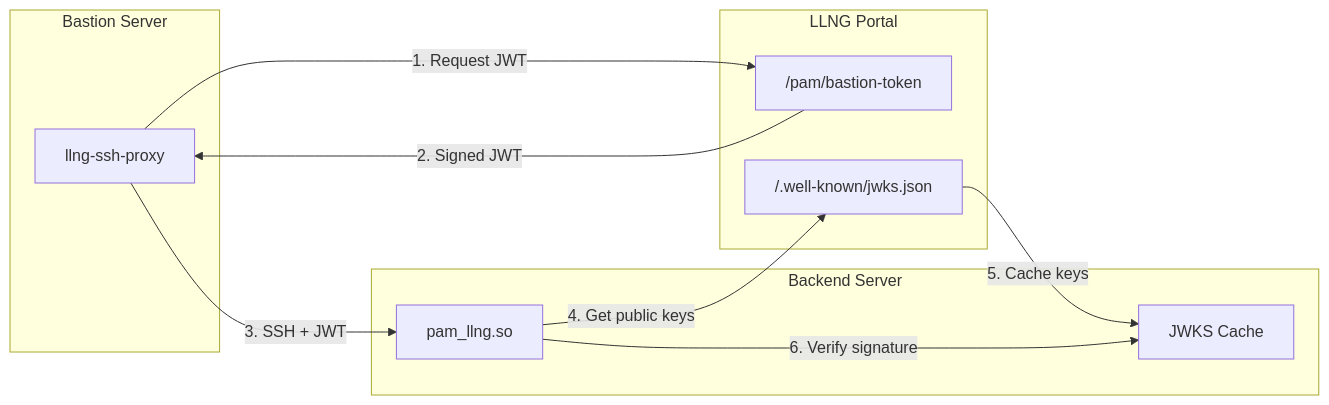
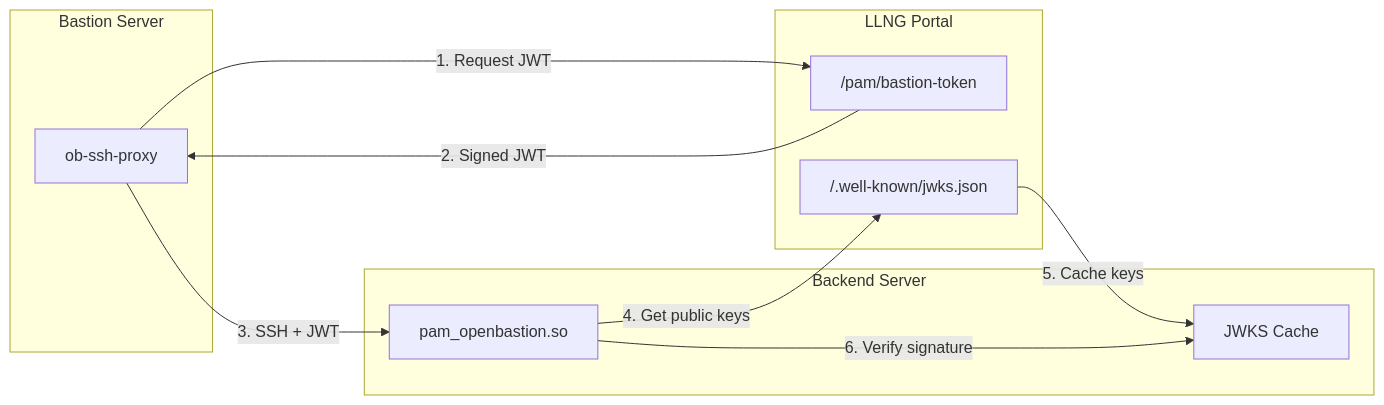
The seventh of 7 diagrams in doc/bastion-architecture.md (linagora/llng-pam-module), drawn with Mermaid before and after one commit. The commit also changed other lines of this file and 56 other files, not shown here.

````diff
--- a/doc/bastion-architecture.md
+++ b/doc/bastion-architecture.md
@@ -447,23 +447,23 @@
 ```mermaid
 flowchart LR
     subgraph Bastion["Bastion Server"]
-        proxy["llng-ssh-proxy"]
+        proxy["ob-ssh-proxy"]
     end
 
     subgraph LLNG["LLNG Portal"]
         bastion_token["/pam/bastion-token"]
         jwks["/.well-known/jwks.json"]
     end
 
     subgraph Backend["Backend Server"]
-        pam["pam_llng.so"]
+        pam["pam_openbastion.so"]
         cache["JWKS Cache"]
     end
 
     proxy -->|1. Request JWT| bastion_token
     bastion_token -->|2. Signed JWT| proxy
     proxy -->|3. SSH + JWT| pam
     pam -->|4. Get public keys| jwks
     jwks -->|5. Cache keys| cache
     pam -->|6. Verify signature| cache
 ```
````
